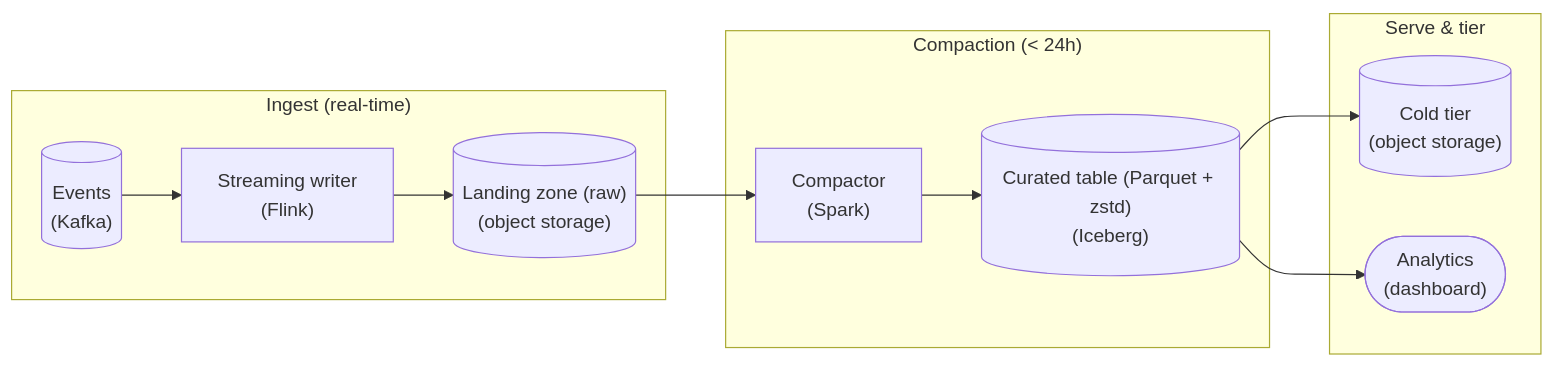
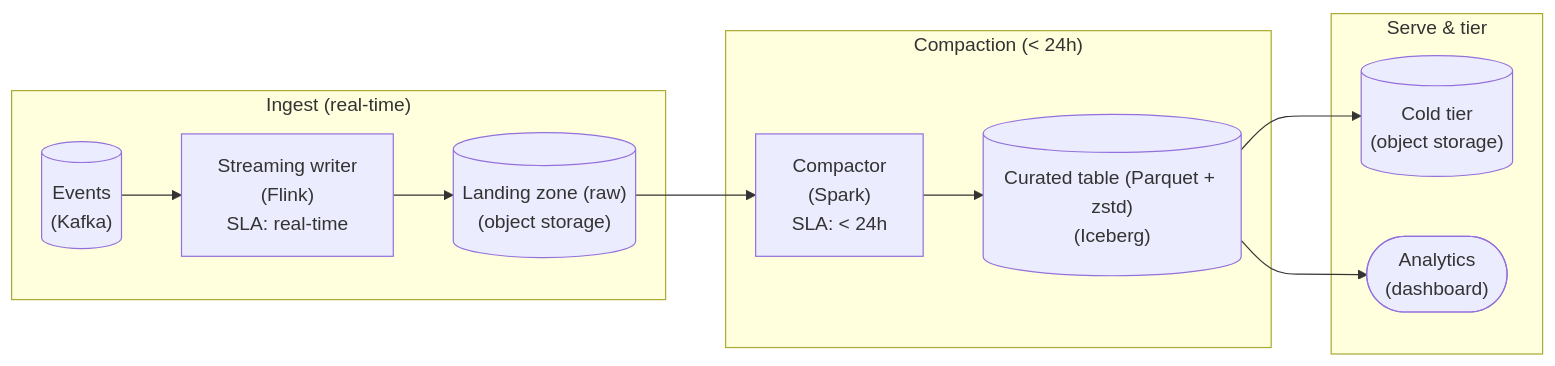
One commit to Dulain-Willis/study-helper changed the fourth of 4 diagrams in lesson_preview/interview/architecture/pipeline_where_data_lives_intermediate.md. Above: the diagram before and after it, drawn with Mermaid. The commit also changed other lines of this file and 26 other files, not shown here.

First line of the commit message:
Mermaid diagrams: show tags and extra values inside each node (#43)

````diff
--- a/lesson_preview/interview/architecture/pipeline_where_data_lives_intermediate.md
+++ b/lesson_preview/interview/architecture/pipeline_where_data_lives_intermediate.md
@@ -781,22 +781,22 @@
 ```mermaid
 flowchart LR
     subgraph L0["Ingest (real-time)"]
         n0[("Events<br/>(Kafka)")]
-        n1["Streaming writer<br/>(Flink)"]
+        n1["Streaming writer<br/>(Flink)<br/>SLA: real-time"]
         n2[("Landing zone (raw)<br/>(object storage)")]
     end
-    subgraph L1["Compaction (< 24h)"]
-        n3["Compactor<br/>(Spark)"]
+    subgraph L1["Compaction (#60; 24h)"]
+        n3["Compactor<br/>(Spark)<br/>SLA: #60; 24h"]
         n4[("Curated table (Parquet + zstd)<br/>(Iceberg)")]
     end
     subgraph L2["Serve & tier"]
         n5[("Cold tier<br/>(object storage)")]
         n6(["Analytics<br/>(dashboard)"])
     end
     n0 --> n1
     n1 --> n2
     n2 --> n3
     n3 --> n4
     n4 --> n5
     n4 --> n6
 ```
````
